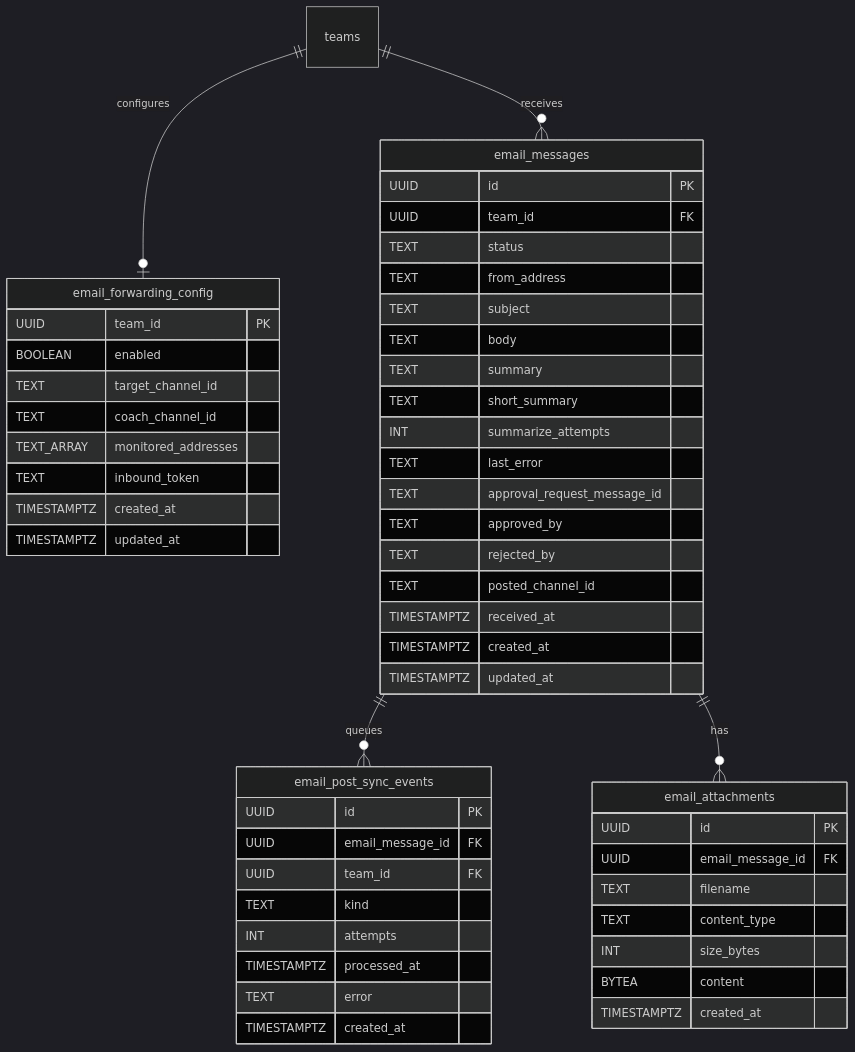
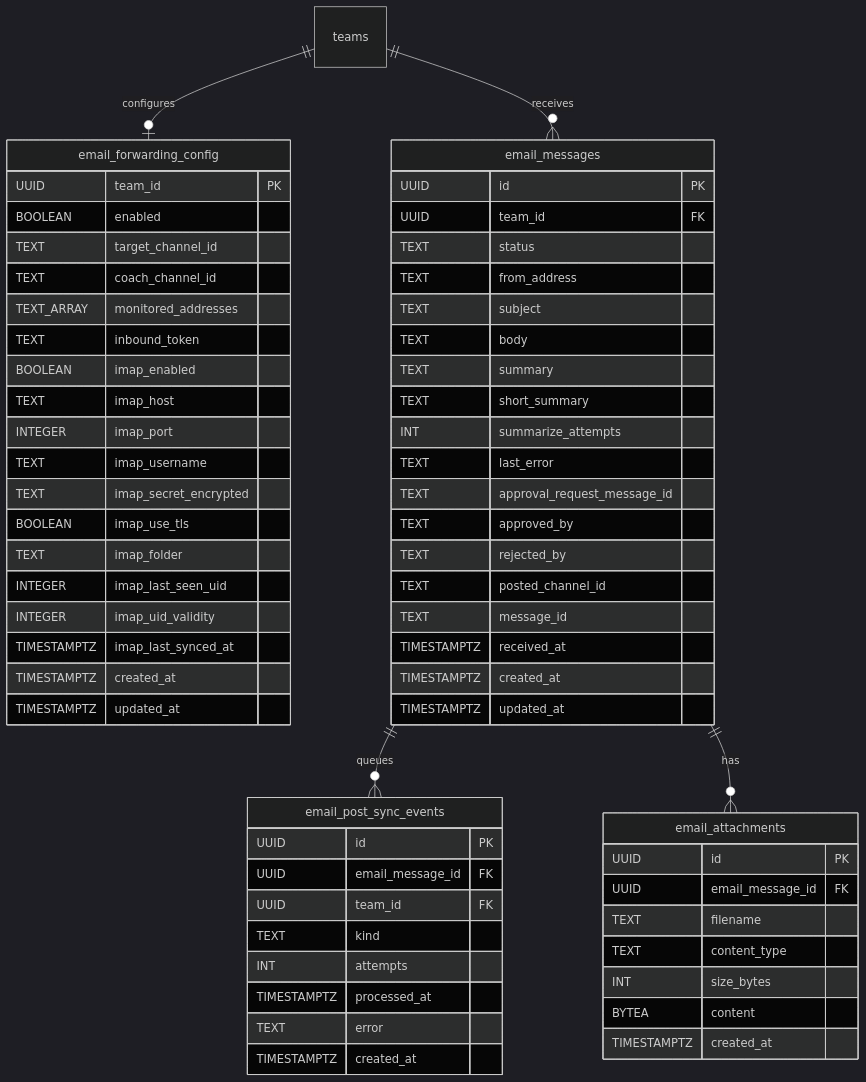
One commit to maxa-ondrej/sideline changed diagram 19 of 19 in docs/thesis/er-diagram.md. Above: the diagram before and after it, drawn with Mermaid (dark theme). The commit also changed other lines of this file and 38 other files, not shown here.

````diff
--- a/docs/thesis/er-diagram.md
+++ b/docs/thesis/er-diagram.md
@@ -1113,59 +1113,70 @@
 ```mermaid
 erDiagram
     email_forwarding_config {
         UUID team_id PK
         BOOLEAN enabled
         TEXT target_channel_id
         TEXT coach_channel_id
         TEXT_ARRAY monitored_addresses
         TEXT inbound_token
+        BOOLEAN imap_enabled
+        TEXT imap_host
+        INTEGER imap_port
+        TEXT imap_username
+        TEXT imap_secret_encrypted
+        BOOLEAN imap_use_tls
+        TEXT imap_folder
+        INTEGER imap_last_seen_uid
+        INTEGER imap_uid_validity
+        TIMESTAMPTZ imap_last_synced_at
         TIMESTAMPTZ created_at
         TIMESTAMPTZ updated_at
     }
 
     email_messages {
         UUID id PK
         UUID team_id FK
         TEXT status
         TEXT from_address
         TEXT subject
         TEXT body
         TEXT summary
         TEXT short_summary
         INT summarize_attempts
         TEXT last_error
         TEXT approval_request_message_id
         TEXT approved_by
         TEXT rejected_by
         TEXT posted_channel_id
+        TEXT message_id
         TIMESTAMPTZ received_at
         TIMESTAMPTZ created_at
         TIMESTAMPTZ updated_at
     }
 
     email_post_sync_events {
         UUID id PK
         UUID email_message_id FK
         UUID team_id FK
         TEXT kind
         INT attempts
         TIMESTAMPTZ processed_at
         TEXT error
         TIMESTAMPTZ created_at
     }
 
     email_attachments {
         UUID id PK
         UUID email_message_id FK
         TEXT filename
         TEXT content_type
         INT size_bytes
         BYTEA content
         TIMESTAMPTZ created_at
     }
 
     teams ||--o| email_forwarding_config : "configures"
     teams ||--o{ email_messages : "receives"
     email_messages ||--o{ email_post_sync_events : "queues"
     email_messages ||--o{ email_attachments : "has"
 ```
````
